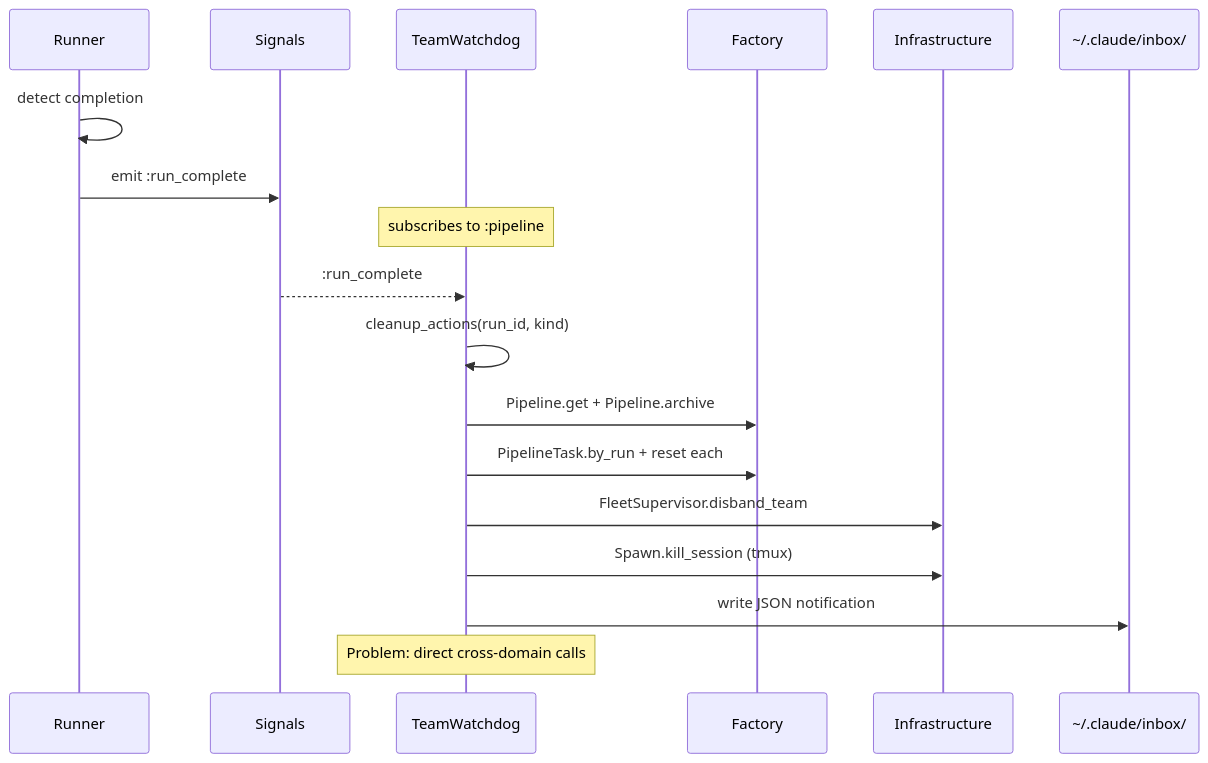
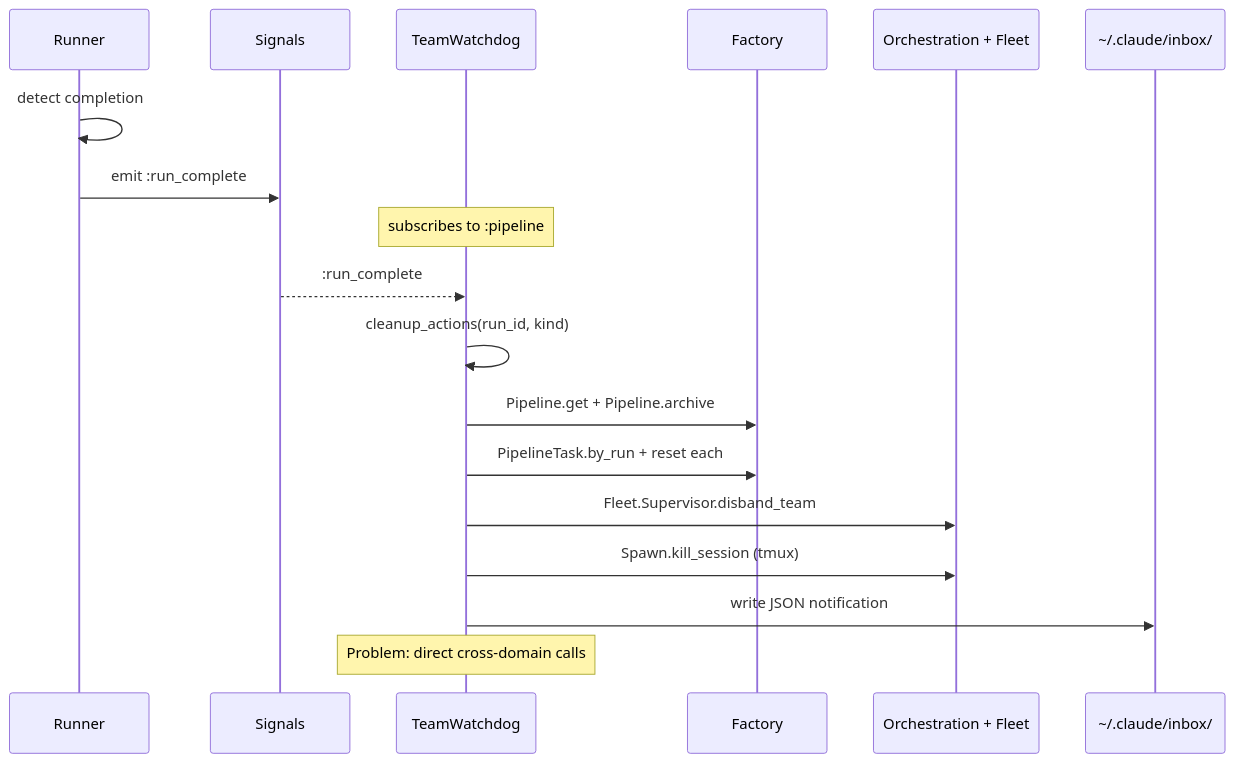
Diagram 16 of 21 in docs/diagrams/architecture.md (architects-of-type-IV/agent-observatory), drawn with Mermaid before and after one commit. The commit also changed other lines of this file and 7 other files, not shown here.

First line of the commit message:
docs: sync all architecture docs to hexagonal reorg final state

````diff
--- a/docs/diagrams/architecture.md
+++ b/docs/diagrams/architecture.md
@@ -647,25 +669,25 @@
 ```mermaid
 sequenceDiagram
     participant R as Runner
     participant Sig as Signals
     participant TW as TeamWatchdog
     participant Fac as Factory
-    participant Infra as Infrastructure
+    participant Infra as Orchestration + Fleet
     participant Inbox as ~/.claude/inbox/
 
     R->>R: detect completion
     R->>Sig: emit :run_complete
 
     Note over TW: subscribes to :pipeline
 
     Sig-->>TW: :run_complete
     TW->>TW: cleanup_actions(run_id, kind)
 
     TW->>Fac: Pipeline.get + Pipeline.archive
     TW->>Fac: PipelineTask.by_run + reset each
-    TW->>Infra: FleetSupervisor.disband_team
+    TW->>Infra: Fleet.Supervisor.disband_team
     TW->>Infra: Spawn.kill_session (tmux)
     TW->>Inbox: write JSON notification
 
     Note over TW: Problem: direct cross-domain calls
 ```
````
